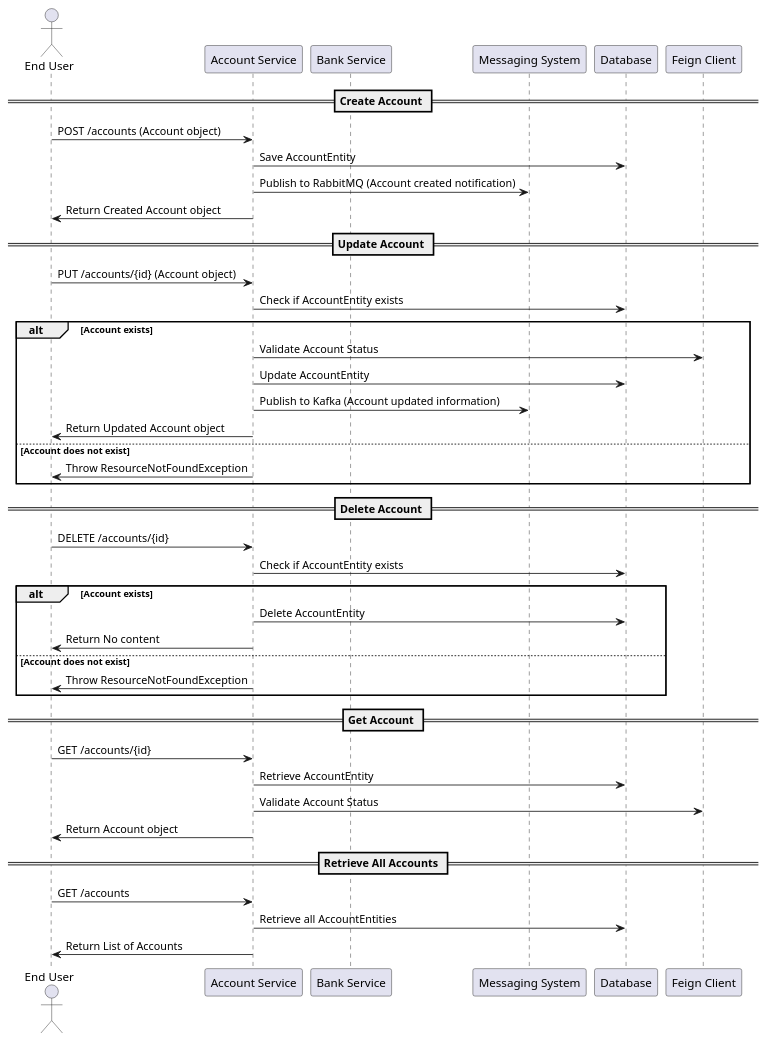
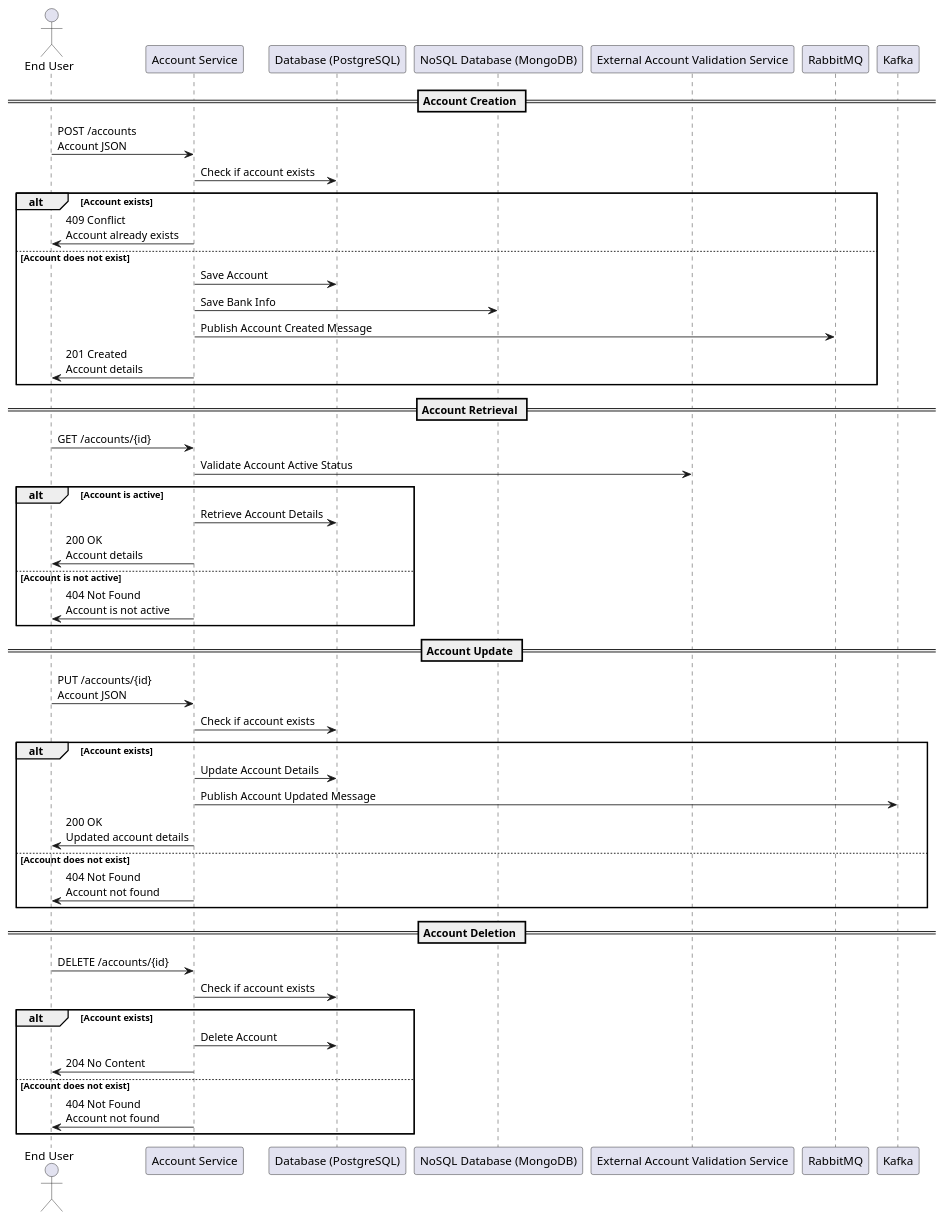
One commit to Bhaskar-Pavan/AccountService changed the diagram in design_document/Account_service.md. Above: the diagram before and after it, drawn with PlantUML. The commit also changed other lines of this file, not shown here.

````diff
--- a/design_document/Account_service.md
+++ b/design_document/Account_service.md
@@ -39,50 +47,55 @@
 ```plantuml
 @startuml
 actor "End User" as User
-participant "Account Service" as AccountService
-participant "Bank Service" as BankService
-participant "Messaging System" as MessagingSystem
-participant "Database" as Database
-participant "Feign Client" as FeignClient
+participant "Account Service" as Service
+participant "Database (PostgreSQL)" as DB
+participant "NoSQL Database (MongoDB)" as NoSQL
+participant "External Account Validation Service" as ValidationService
+participant "RabbitMQ" as RabbitMQ
+participant "Kafka" as Kafka
 
-== Create Account ==
-User -> AccountService: POST /accounts (Account object)
-AccountService -> Database: Save AccountEntity
-AccountService -> MessagingSystem: Publish to RabbitMQ (Account created notification)
-AccountService -> User: Return Created Account object
-
-== Update Account ==
-User -> AccountService: PUT /accounts/{id} (Account object)
-AccountService -> Database: Check if AccountEntity exists
+== Account Creation ==
+User -> Service : POST /accounts\nAccount JSON
+Service -> DB : Check if account exists
 alt Account exists
-    AccountService -> FeignClient: Validate Account Status
-    AccountService -> Database: Update AccountEntity
-    AccountService -> MessagingSystem: Publish to Kafka (Account updated information)
-    AccountService -> User: Return Updated Account object
+    Service -> User : 409 Conflict\nAccount already exists
 else Account does not exist
-    AccountService -> User: Throw ResourceNotFoundException
+    Service -> DB : Save Account
+    Service -> NoSQL : Save Bank Info
+    Service -> RabbitMQ : Publish Account Created Message
+    Service -> User : 201 Created\nAccount details
 end
 
-== Delete Account ==
-User -> AccountService: DELETE /accounts/{id}
-AccountService -> Database: Check if AccountEntity exists
-alt Account exists
-    AccountService -> Database: Delete AccountEntity
-    AccountService -> User: Return No content
-else Account does not exist
-    AccountService -> User: Throw ResourceNotFoundException
+== Account Retrieval ==
+User -> Service : GET /accounts/{id}
+Service -> ValidationService : Validate Account Active Status
+alt Account is active
+    Service -> DB : Retrieve Account Details
+    Service -> User : 200 OK\nAccount details
+else Account is not active
+    Service -> User : 404 Not Found\nAccount is not active
 end
 
-== Get Account ==
-User -> AccountService: GET /accounts/{id}
-AccountService -> Database: Retrieve AccountEntity
-AccountService -> FeignClient: Validate Account Status
-AccountService -> User: Return Account object
+== Account Update ==
+User -> Service : PUT /accounts/{id}\nAccount JSON
+Service -> DB : Check if account exists
+alt Account exists
+    Service -> DB : Update Account Details
+    Service -> Kafka : Publish Account Updated Message
+    Service -> User : 200 OK\nUpdated account details
+else Account does not exist
+    Service -> User : 404 Not Found\nAccount not found
+end
 
-== Retrieve All Accounts ==
-User -> AccountService: GET /accounts
-AccountService -> Database: Retrieve all AccountEntities
-AccountService -> User: Return List of Accounts
+== Account Deletion ==
+User -> Service : DELETE /accounts/{id}
+Service -> DB : Check if account exists
+alt Account exists
+    Service -> DB : Delete Account
+    Service -> User : 204 No Content
+else Account does not exist
+    Service -> User : 404 Not Found\nAccount not found
+end
 
 @enduml
 ```
````
